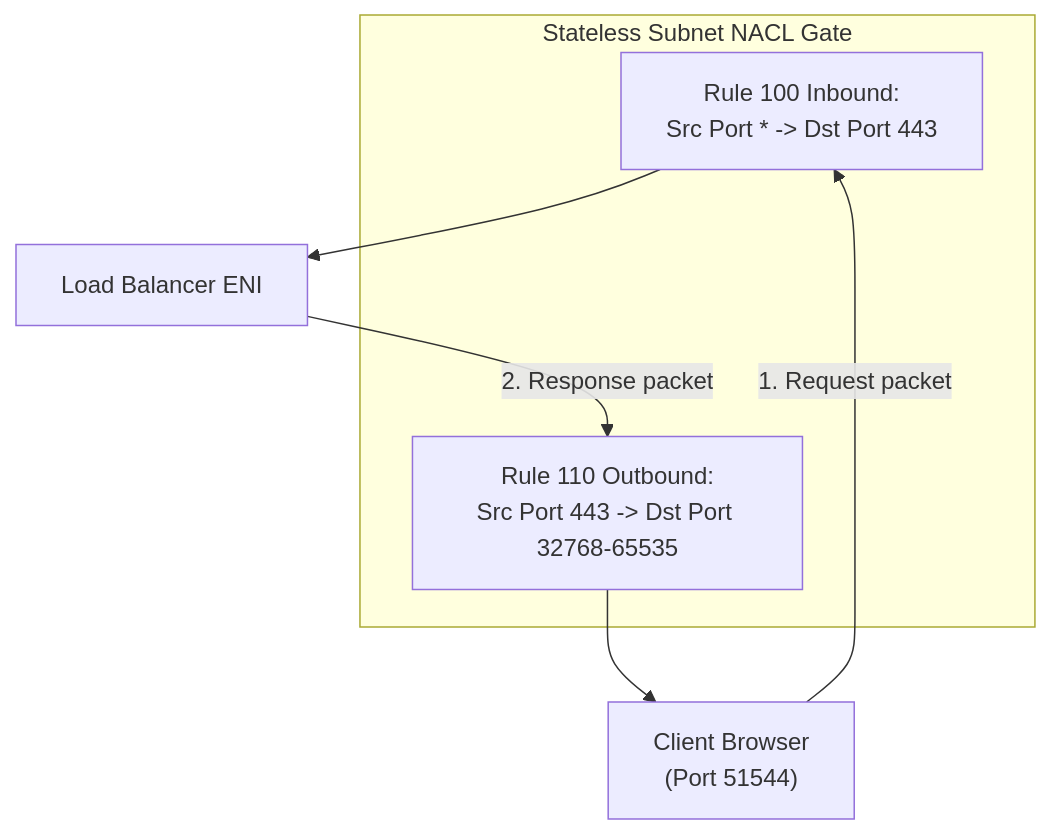
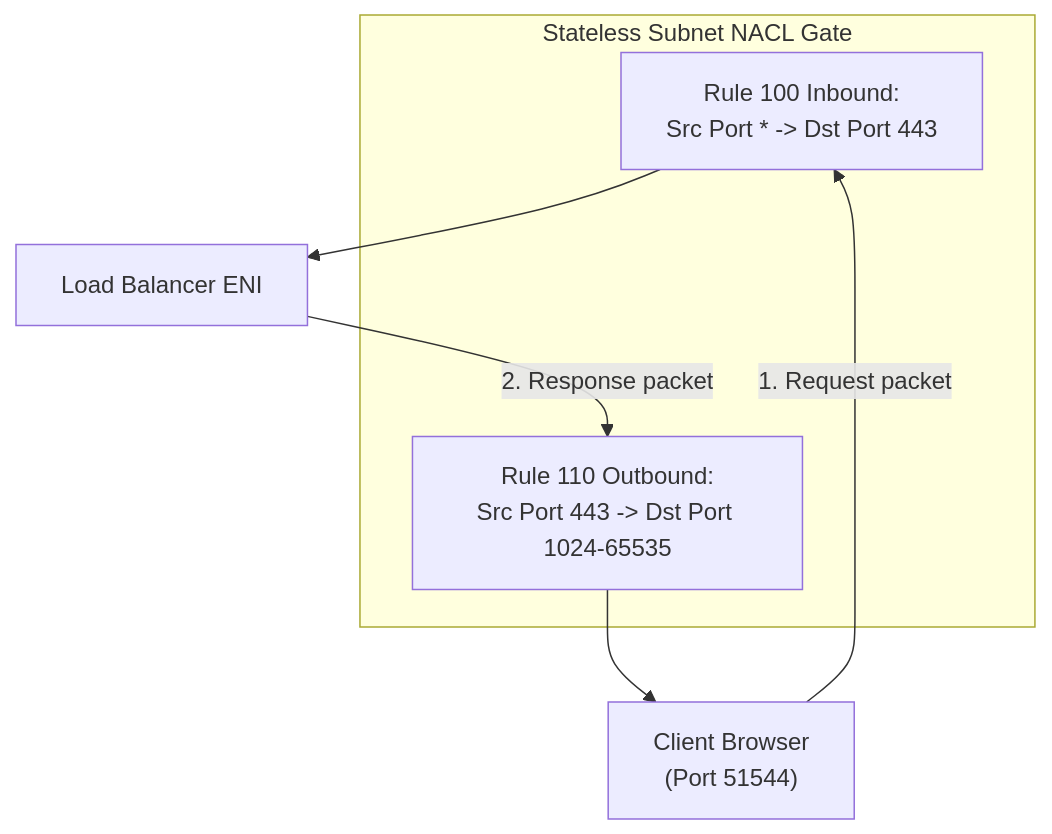
The third of 3 diagrams in cloud-providers/aws/networking-connectivity/02-security-groups-vs-nacls.md (senlinyy/dev-roadmaps), drawn with Mermaid before and after one commit. The commit also changed other lines of this file and 530 other files, not shown here.

````diff
--- a/cloud-providers/aws/networking-connectivity/02-security-groups-vs-nacls.md
+++ b/cloud-providers/aws/networking-connectivity/02-security-groups-vs-nacls.md
@@ -143,11 +147,11 @@
 ```mermaid
 flowchart TD
     subgraph StatelessNACL["Stateless Subnet NACL Gate"]
         InboundRule["Rule 100 Inbound:<br/>Src Port * -> Dst Port 443"]
-        OutboundRule["Rule 110 Outbound:<br/>Src Port 443 -> Dst Port 32768-65535"]
+        OutboundRule["Rule 110 Outbound:<br/>Src Port 443 -> Dst Port 1024-65535"]
     end
     Browser["Client Browser<br/>(Port 51544)"] -->|1. Request packet| InboundRule
     InboundRule --> ALB["Load Balancer ENI"]
     ALB -->|2. Response packet| OutboundRule
     OutboundRule --> Browser
 ```
````
